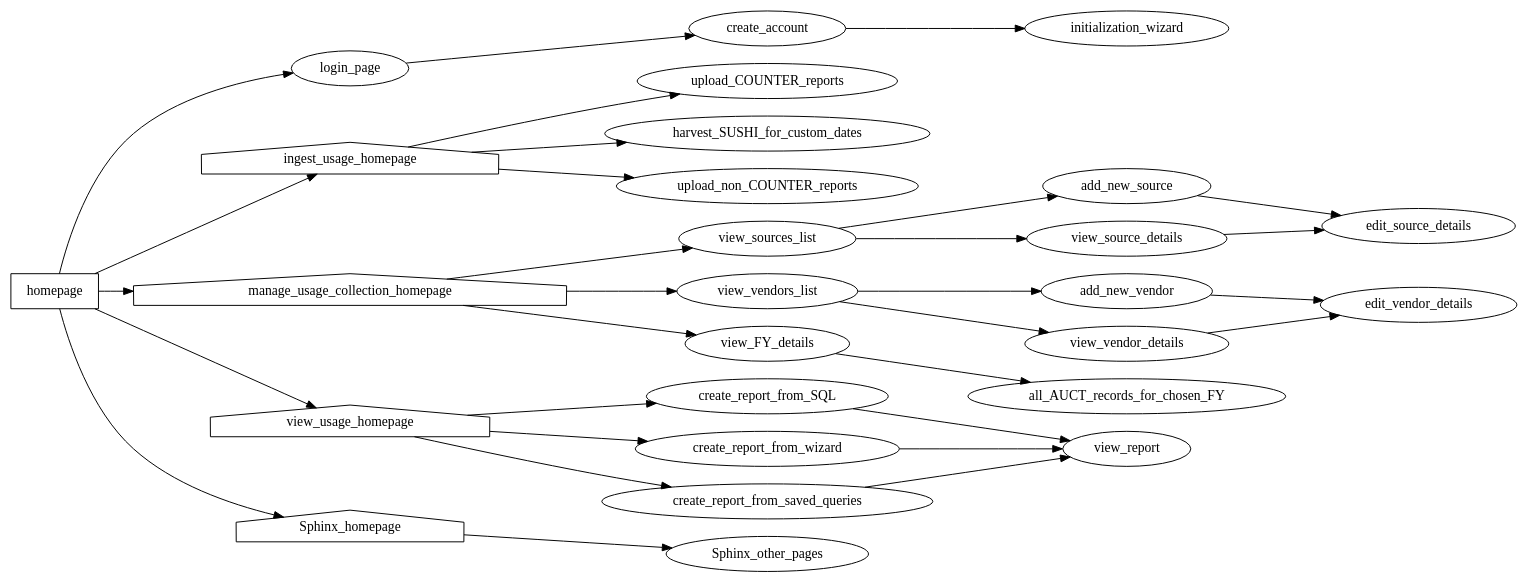
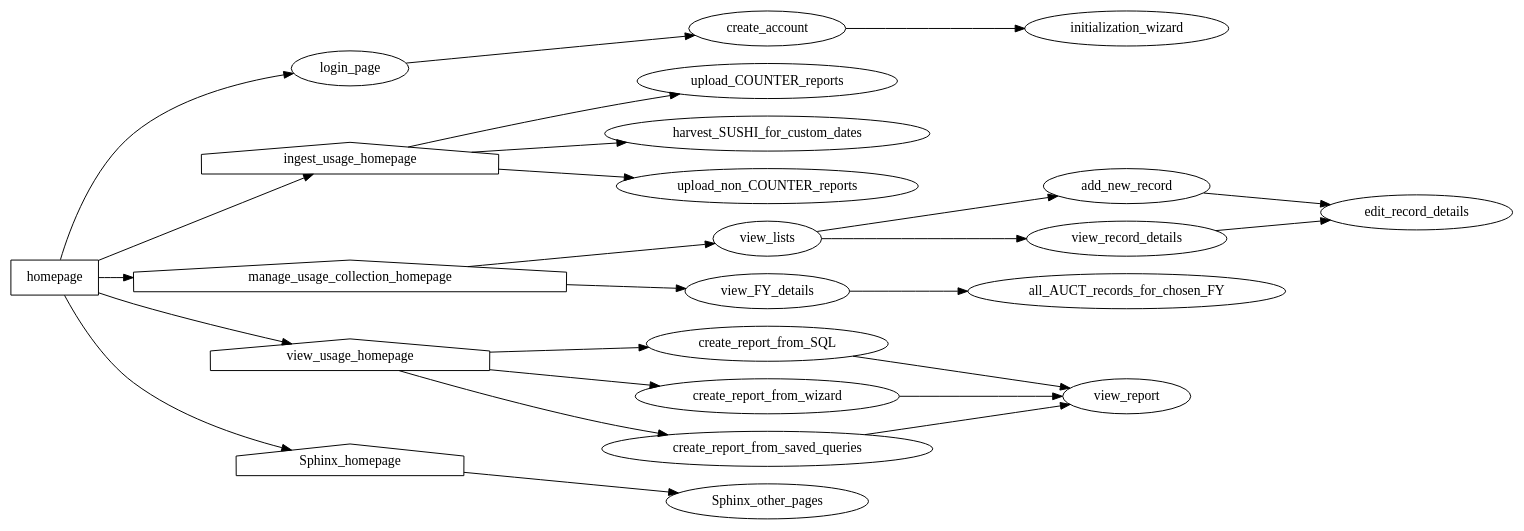
One commit to ereiskind/nolcat changed the diagram in docs/source/sitemap.dot. Above: the diagram before and after it, drawn with Graphviz. The commit also changed 10 other files, not shown here.

Commit message:
Create `view_lists` blueprint

```diff
--- a/docs/source/sitemap.dot
+++ b/docs/source/sitemap.dot
@@ -1,89 +1,77 @@
 digraph nolcat_sitemap {
     /* *** NoLCAT SITEMAP *** */
     rankdir=LR
 
 
     /* *** Main NoLCAT Folder *** */
     homepage [shape="box"]
         homepage -> login_page
         homepage -> ingest_usage_homepage
         homepage -> manage_usage_collection_homepage
         homepage -> view_usage_homepage
         homepage -> Sphinx_homepage
     
 
     /* *** `login` Blueprint *** */
     login_page
         login_page -> create_account
     // Account creation may not be needed--a single set of credentials for each user type may be created instead
     create_account
         create_account -> initialization_wizard // Page in `ingest` section; linkage because program will request data for database initialization upon creation of first account
     // And any other pages needed for authentication
 
 
     /* *** `initialization` Blueprint *** */
     initialization_wizard
 
 
     /* *** `ingest_usage` Blueprint *** */
     ingest_usage_homepage [shape="house"]
         ingest_usage_homepage -> upload_COUNTER_reports
         ingest_usage_homepage -> harvest_SUSHI_for_custom_dates
         ingest_usage_homepage -> upload_non_COUNTER_reports
     upload_COUNTER_reports
     harvest_SUSHI_for_custom_dates
     upload_non_COUNTER_reports
 
 
     /* *** `annual_stats` Blueprint *** */
     manage_usage_collection_homepage [shape="house"]
-        manage_usage_collection_homepage -> view_sources_list // For StatisticsSources and ResourceSources
-        manage_usage_collection_homepage -> view_vendors_list
+        manage_usage_collection_homepage -> view_lists
         manage_usage_collection_homepage -> view_FY_details // The FY for which the details will be shown is selected before going to the page
     view_FY_details
         view_FY_details -> all_AUCT_records_for_chosen_FY
     all_AUCT_records_for_chosen_FY
 
 
-    /* *** `view_sources` Blueprint *** */
-    // StatisticsSources and ResourceSources are similar enough in structure and purpose that the same Flask logic and Jinja templates can be used
-    view_sources_list
-        view_sources_list -> add_new_source
-        view_sources_list -> view_source_details
-    add_new_source
-        add_new_source -> edit_source_details // To provide info for the new source
-    view_source_details
-        view_source_details -> edit_source_details
-    edit_source_details // Includes adding or editing notes
-
-
-     /* *** `view_vendors` Blueprint *** */
-    view_vendors_list
-        view_vendors_list -> add_new_vendor
-        view_vendors_list -> view_vendor_details
-    add_new_vendor
-        add_new_vendor -> edit_vendor_details // To provide info for the new vendor
-    view_vendor_details
-        view_vendor_details -> edit_vendor_details
-    edit_vendor_details // Includes adding or editing notes
+    /* *** `view_lists` Blueprint *** */
+    // StatisticsSources, ResourceSources, and Vendors are similar enough in structure and purpose that the same Flask logic and Jinja templates can be used
+    view_lists
+        view_lists -> add_new_record
+        view_lists -> view_record_details
+    add_new_record
+        add_new_record -> edit_record_details // To provide info for the new source
+    view_record_details
+        view_record_details -> edit_record_details
+    edit_record_details // Includes adding or editing notes
 
 
     /* *** `view_usage` Blueprint *** */
     view_usage_homepage [shape="house"]
         view_usage_homepage -> create_report_from_SQL
         view_usage_homepage -> create_report_from_wizard
         view_usage_homepage -> create_report_from_saved_queries
     create_report_from_SQL // Runs a custom SQL statement against the database
         create_report_from_SQL -> view_report
     create_report_from_wizard // GUI options are used to write SQL behind the scenes
         create_report_from_wizard -> view_report
     create_report_from_saved_queries // SQL statements that are either complete or only ask for one input for commonly asked questions
         create_report_from_saved_queries -> view_report
     view_report
     
     
     /* *** Sphinx *** */
     Sphinx_homepage [shape="house"]
         Sphinx_homepage -> Sphinx_other_pages
     Sphinx_other_pages // Use Sphinx itself for site organization
 }
```
